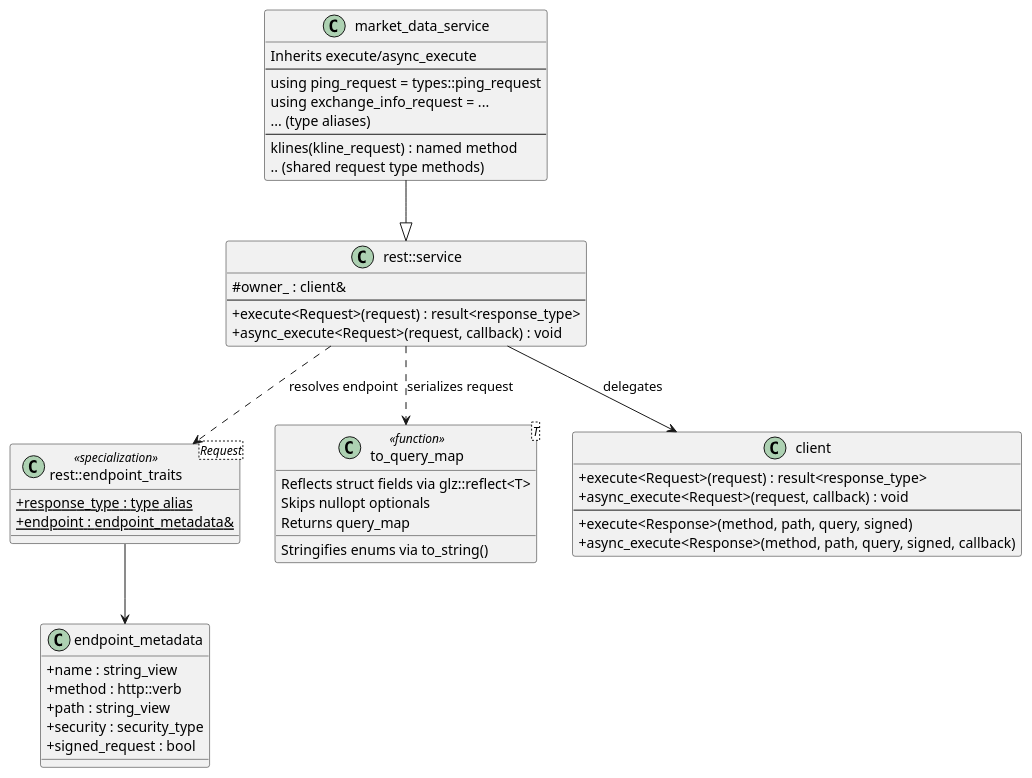
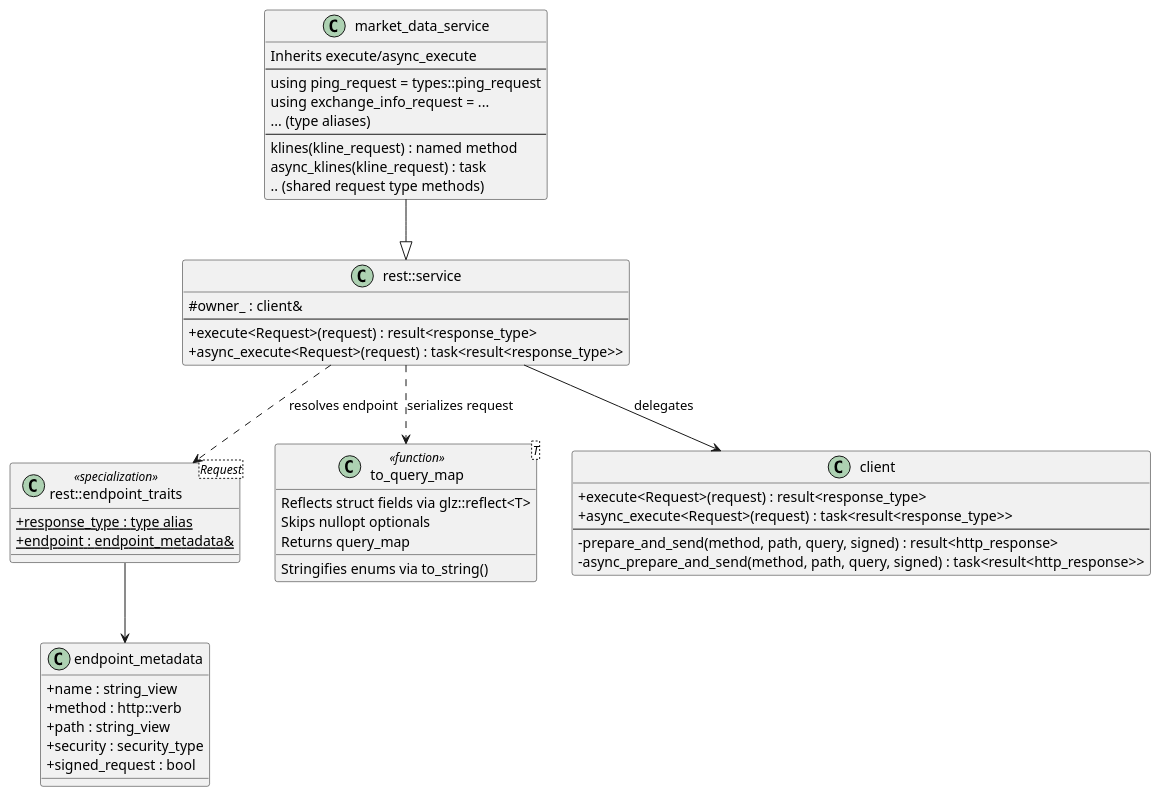
The third of 10 diagrams in docs/DESIGN.md (agutikov/binapi), drawn with PlantUML before and after one commit. The commit also changed other lines of this file and 21 other files, not shown here.

````diff
--- a/docs/DESIGN.md
+++ b/docs/DESIGN.md
@@ -97,57 +165,58 @@
 ```plantuml
 @startuml
 skinparam classAttributeIconSize 0
 
 class "rest::service" as SVC {
   #owner_ : client&
   --
   +execute<Request>(request) : result<response_type>
-  +async_execute<Request>(request, callback) : void
+  +async_execute<Request>(request) : task<result<response_type>>
 }
 
 class "rest::endpoint_traits<Request>" as ET <<specialization>> {
   +{static} response_type : type alias
   +{static} endpoint : endpoint_metadata&
 }
 
 class "endpoint_metadata" as EM {
   +name : string_view
   +method : http::verb
   +path : string_view
   +security : security_type
   +signed_request : bool
 }
 
 class "to_query_map<T>" as QM <<function>> {
   Reflects struct fields via glz::reflect<T>
   Skips nullopt optionals
   Stringifies enums via to_string()
   Returns query_map
 }
 
 class "market_data_service" as MDS {
   Inherits execute/async_execute
   --
   using ping_request = types::ping_request
   using exchange_info_request = ...
   ... (type aliases)
   --
   klines(kline_request) : named method
+  async_klines(kline_request) : task
   .. (shared request type methods)
 }
 
 class "client" as CLI {
   +execute<Request>(request) : result<response_type>
-  +async_execute<Request>(request, callback) : void
+  +async_execute<Request>(request) : task<result<response_type>>
   --
-  +execute<Response>(method, path, query, signed)
-  +async_execute<Response>(method, path, query, signed, callback)
+  -prepare_and_send(method, path, query, signed) : result<http_response>
+  -async_prepare_and_send(method, path, query, signed) : task<result<http_response>>
 }
 
 MDS --|> SVC
 SVC --> CLI : delegates
 SVC ..> ET : resolves endpoint
 SVC ..> QM : serializes request
 ET --> EM
 @enduml
 ```
````
